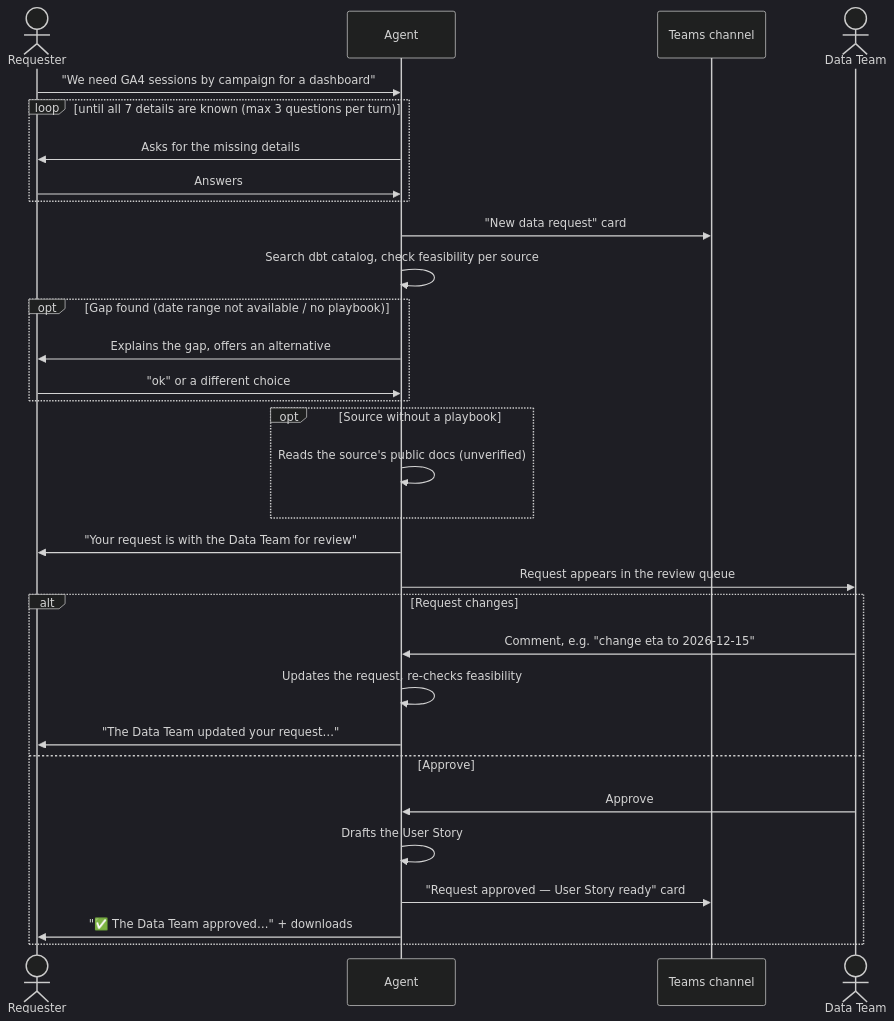
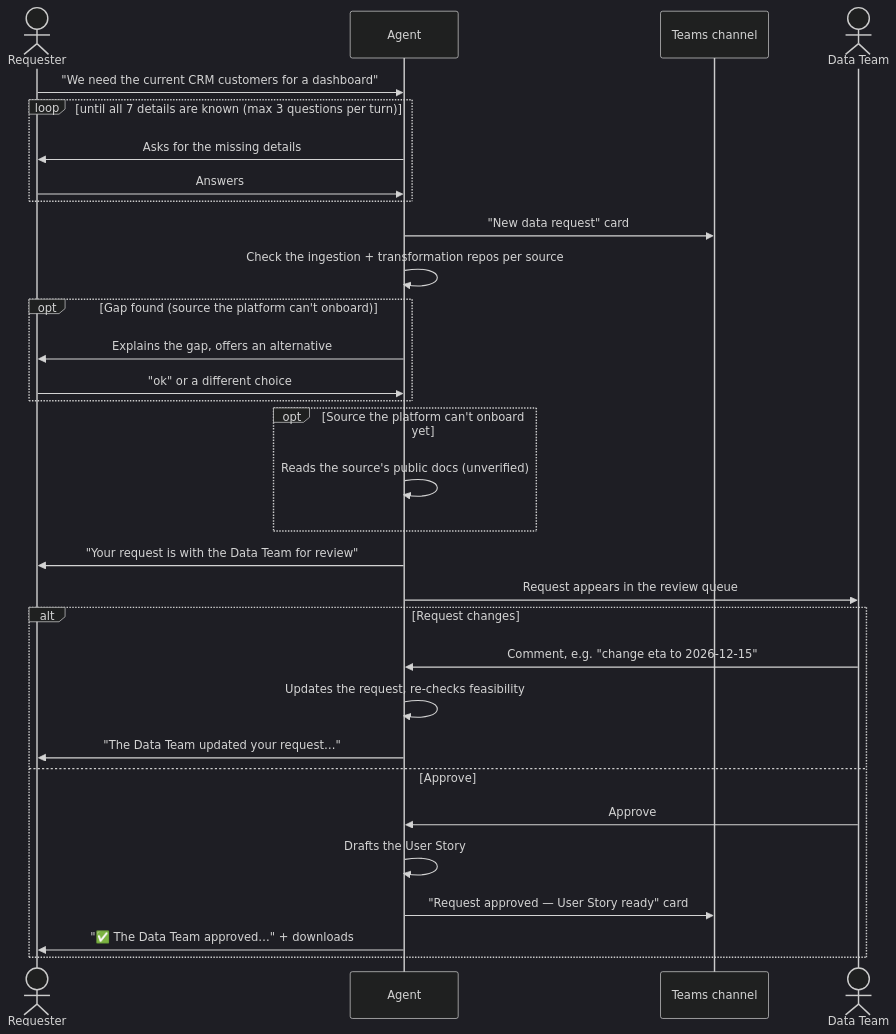
One commit to thanhphat2609/data-onboarding-agent changed the diagram in docs/HOW_IT_WORKS.md. Above: the diagram before and after it, drawn with Mermaid (dark theme). The commit also changed other lines of this file and 48 other files, not shown here.

First line of the commit message:
Read the ingestion and transformation repos instead of demo data

````diff
--- a/docs/HOW_IT_WORKS.md
+++ b/docs/HOW_IT_WORKS.md
@@ -10,34 +10,34 @@
 ```mermaid
 sequenceDiagram
     actor R as Requester
     participant A as Agent
     participant T as Teams channel
     actor D as Data Team
 
-    R->>A: "We need GA4 sessions by campaign for a dashboard"
+    R->>A: "We need the current CRM customers for a dashboard"
     loop until all 7 details are known (max 3 questions per turn)
         A->>R: Asks for the missing details
         R->>A: Answers
     end
     A->>T: "New data request" card
-    A->>A: Search dbt catalog, check feasibility per source
-    opt Gap found (date range not available / no playbook)
+    A->>A: Check the ingestion + transformation repos per source
+    opt Gap found (source the platform can't onboard)
         A->>R: Explains the gap, offers an alternative
         R->>A: "ok" or a different choice
     end
-    opt Source without a playbook
+    opt Source the platform can't onboard yet
         A->>A: Reads the source's public docs (unverified)
     end
     A->>R: "Your request is with the Data Team for review"
     A->>D: Request appears in the review queue
     alt Request changes
         D->>A: Comment, e.g. "change eta to 2026-12-15"
         A->>A: Updates the request, re-checks feasibility
         A->>R: "The Data Team updated your request…"
     else Approve
         D->>A: Approve
         A->>A: Drafts the User Story
         A->>T: "Request approved — User Story ready" card
         A->>R: "✅ The Data Team approved…" + downloads
     end
 ```
````
